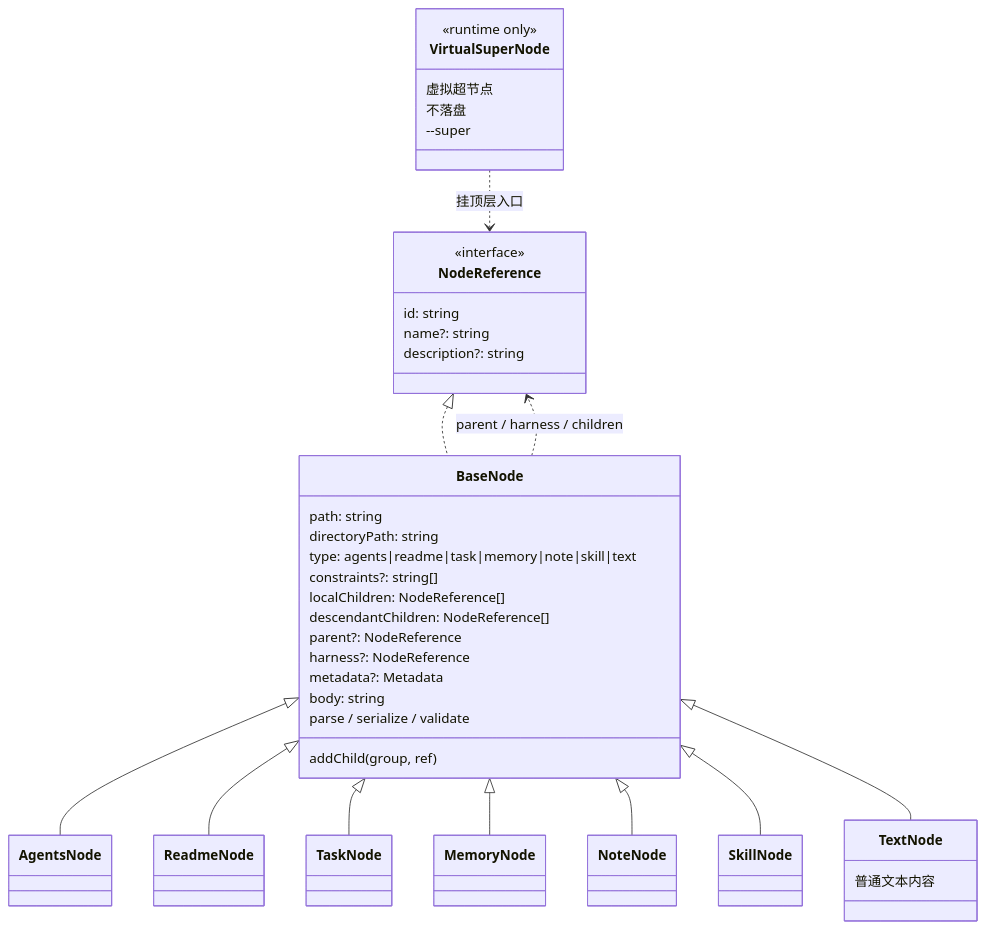
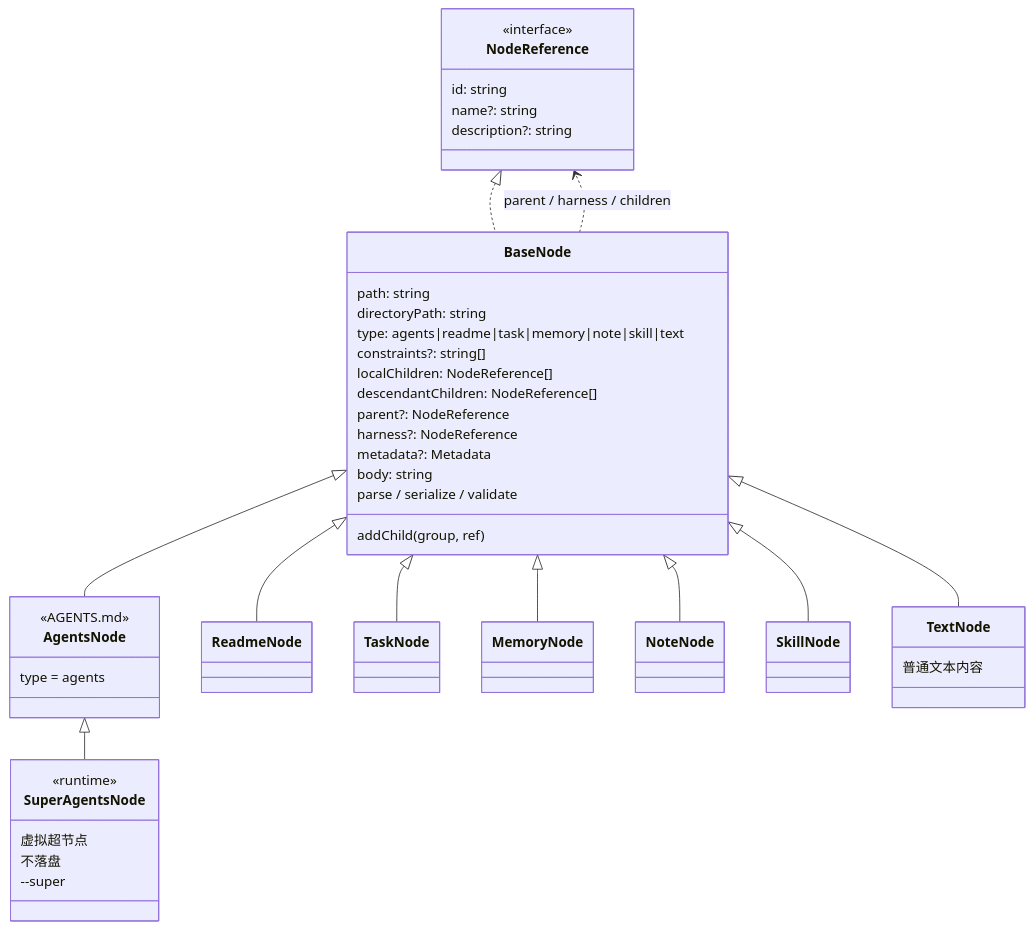
The second of 5 diagrams in docs/superpowers/specs/2026-10-06-recursive-system-two-entries-design.md (VirusPC/edges), drawn with Mermaid before and after one commit. The commit also changed other lines of this file and 9 other files, not shown here.

First line of the commit message:
docs: 虚拟超节点类名为 SuperAgentsNode

````diff
--- a/docs/superpowers/specs/2026-10-06-recursive-system-two-entries-design.md
+++ b/docs/superpowers/specs/2026-10-06-recursive-system-two-entries-design.md
@@ -57,51 +57,54 @@
 ```mermaid
 classDiagram
   class NodeReference {
     <<interface>>
     id: string
     name?: string
     description?: string
   }
 
   class BaseNode {
     path: string
     directoryPath: string
     type: agents|readme|task|memory|note|skill|text
     constraints?: string[]
     localChildren: NodeReference[]
     descendantChildren: NodeReference[]
     parent?: NodeReference
     harness?: NodeReference
     metadata?: Metadata
     body: string
     addChild(group, ref)
     parse / serialize / validate
   }
 
-  class AgentsNode
+  class AgentsNode {
+    <<AGENTS.md>>
+    type = agents
+  }
+  class SuperAgentsNode {
+    <<runtime>>
+    虚拟超节点
+    不落盘
+    --super
+  }
   class ReadmeNode
   class TaskNode
   class MemoryNode
   class NoteNode
   class SkillNode
   class TextNode {
     普通文本内容
   }
-  class VirtualSuperNode {
-    <<runtime only>>
-    虚拟超节点
-    不落盘
-    --super
-  }
 
   NodeReference <|.. BaseNode
   BaseNode <|-- AgentsNode
+  AgentsNode <|-- SuperAgentsNode
   BaseNode <|-- ReadmeNode
   BaseNode <|-- TaskNode
   BaseNode <|-- MemoryNode
   BaseNode <|-- NoteNode
   BaseNode <|-- SkillNode
   BaseNode <|-- TextNode
   BaseNode ..> NodeReference : parent / harness / children
-  VirtualSuperNode ..> NodeReference : 挂顶层入口
 ```
````
